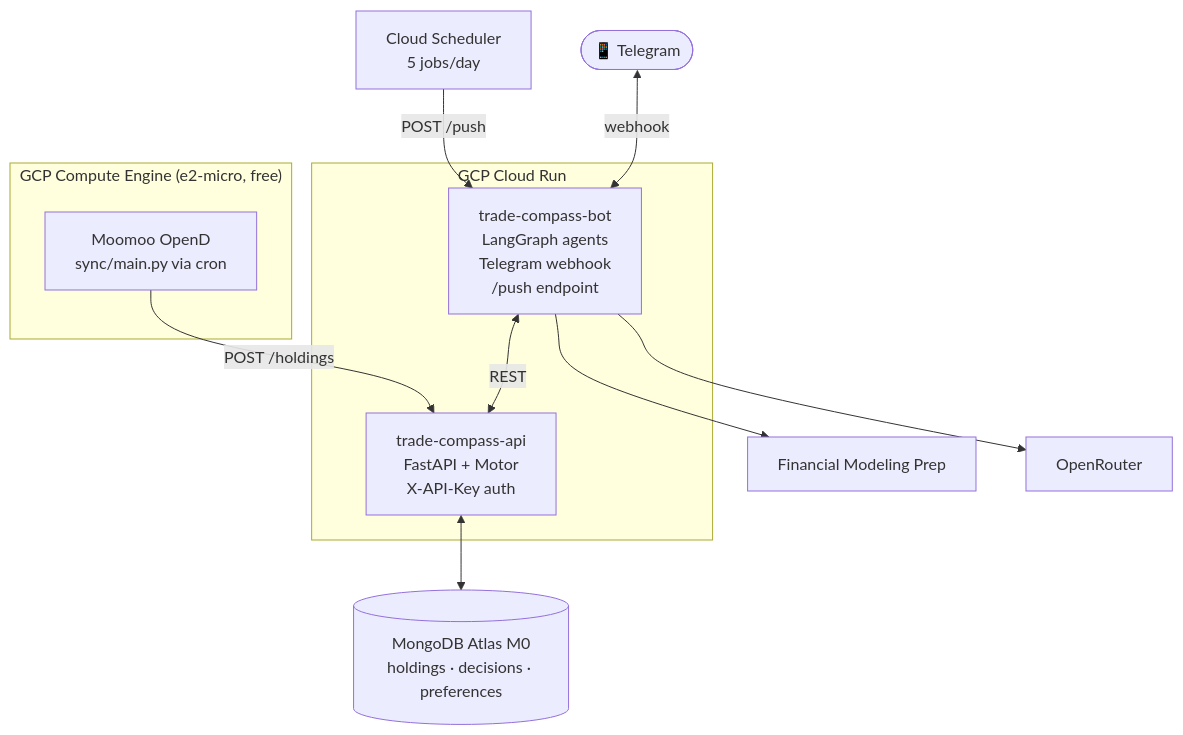
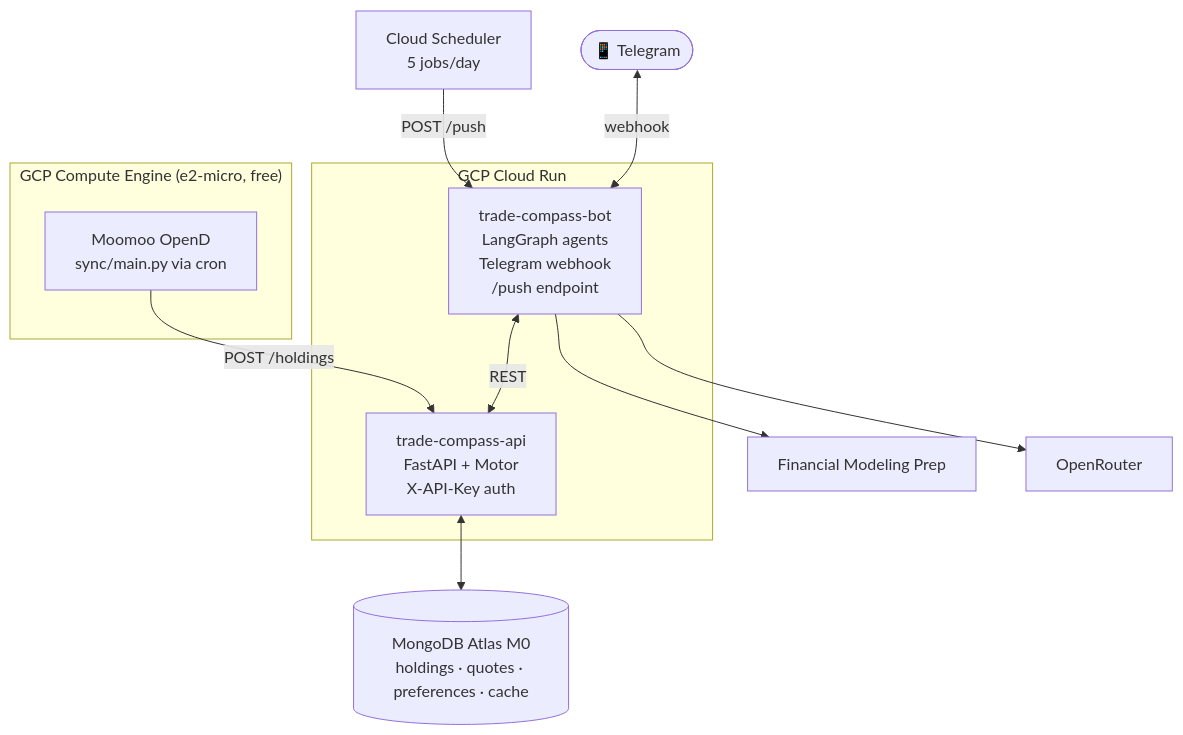
One commit to PCBZ/trade-compass changed the first of 2 diagrams in README.md. Above: the diagram before and after it, drawn with Mermaid. The commit also changed other lines of this file and 6 other files, not shown here.

Commit message:
fix: remove decisions API and related logic; update README and models for quotes and cache

````diff
--- a/README.md
+++ b/README.md
@@ -25,26 +25,26 @@
 ```mermaid
 flowchart TD
     User([📱 Telegram])
 
     subgraph CR["GCP Cloud Run"]
         BOT["trade-compass-bot<br/>LangGraph agents<br/>Telegram webhook<br/>/push endpoint"]
         API["trade-compass-api<br/>FastAPI + Motor<br/>X-API-Key auth"]
     end
 
     subgraph GCE["GCP Compute Engine (e2-micro, free)"]
         VM["Moomoo OpenD<br/>sync/main.py via cron"]
     end
 
-    DB[("MongoDB Atlas M0<br/>holdings · decisions · preferences")]
+    DB[("MongoDB Atlas M0<br/>holdings · quotes · preferences · cache")]
     SCHED["Cloud Scheduler<br/>5 jobs/day"]
     FMP["Financial Modeling Prep"]
     LLM["OpenRouter"]
 
     User <-->|webhook| BOT
     SCHED -->|POST /push| BOT
     BOT --> FMP
     BOT --> LLM
     BOT <-->|REST| API
     API <--> DB
     VM -->|POST /holdings| API
 ```
````
